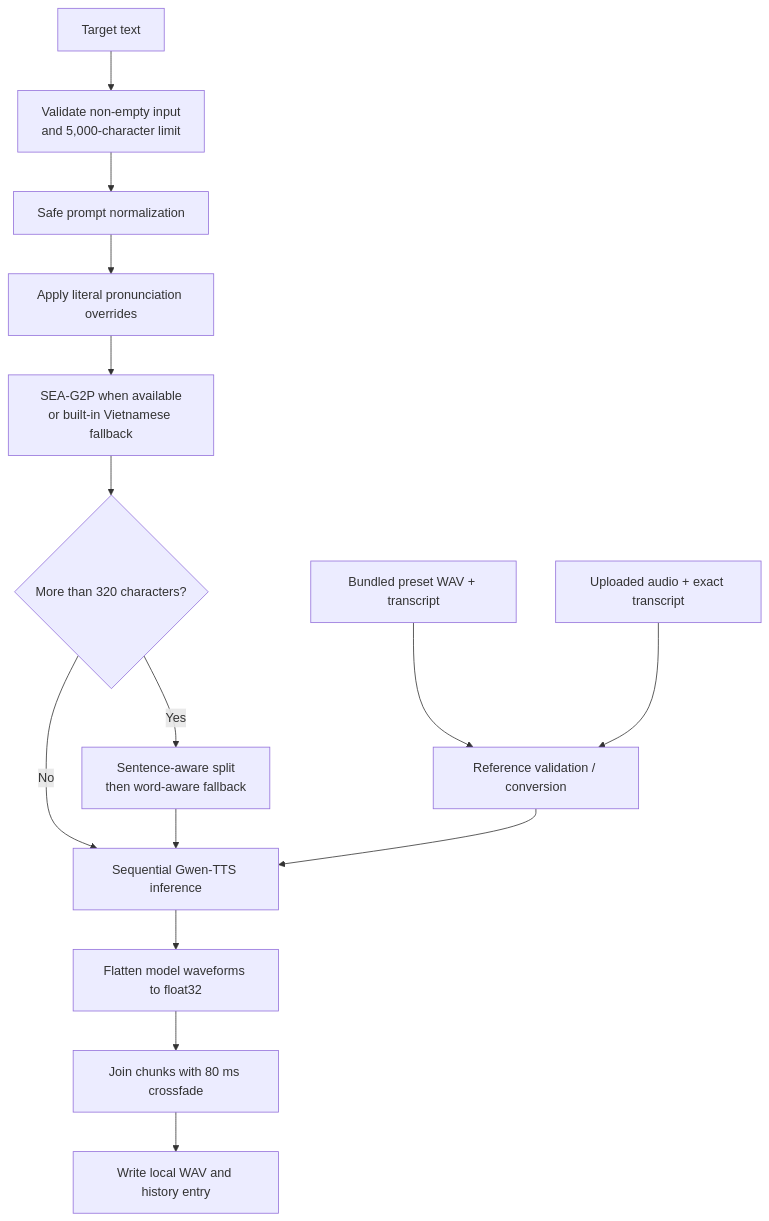
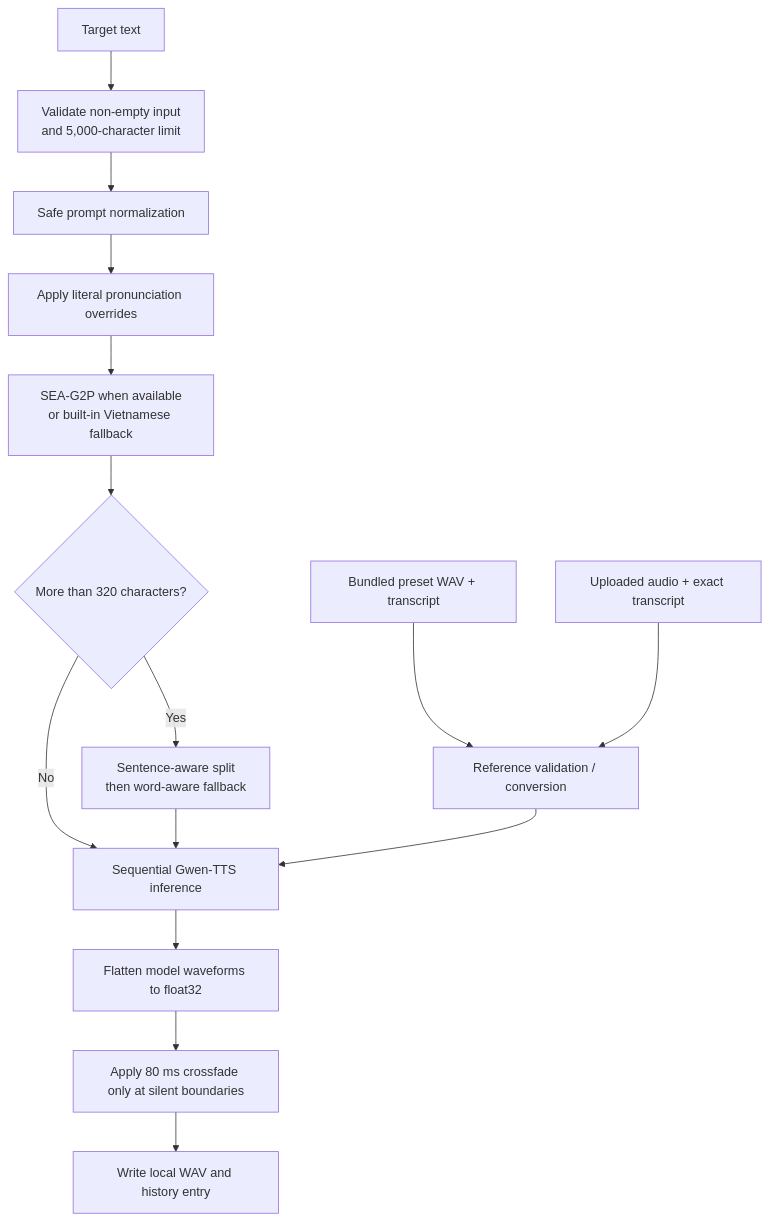
The second of 2 diagrams in README.en.md (sin0235/vietnamese-tts-studio), drawn with Mermaid before and after one commit. The commit also changed other lines of this file and 4 other files, not shown here.

````diff
--- a/README.en.md
+++ b/README.en.md
@@ -81,19 +81,19 @@
 ```mermaid
 flowchart TD
     Input[Target text] --> Validate[Validate non-empty input<br/>and 5,000-character limit]
     Validate --> Safe[Safe prompt normalization]
     Safe --> Pronounce[Apply literal pronunciation overrides]
     Pronounce --> Vietnamese[SEA-G2P when available<br/>or built-in Vietnamese fallback]
     Vietnamese --> Chunk{More than 320 characters?}
     Chunk -->|No| Infer
     Chunk -->|Yes| Split[Sentence-aware split<br/>then word-aware fallback]
     Split --> Infer[Sequential Gwen-TTS inference]
 
     Preset[Bundled preset WAV + transcript] --> Reference
     Custom[Uploaded audio + exact transcript] --> Reference[Reference validation / conversion]
     Reference --> Infer
 
     Infer --> Waves[Flatten model waveforms to float32]
-    Waves --> Join[Join chunks with 80 ms crossfade]
+    Waves --> Join[Apply 80 ms crossfade only at silent boundaries]
     Join --> Output[Write local WAV and history entry]
 ```
````
